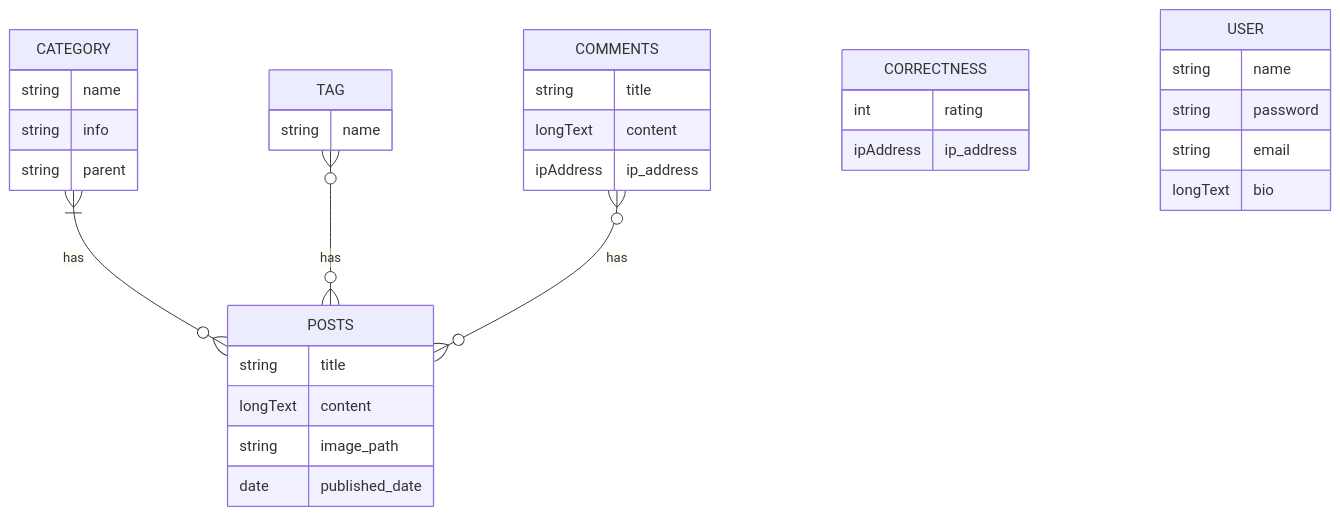
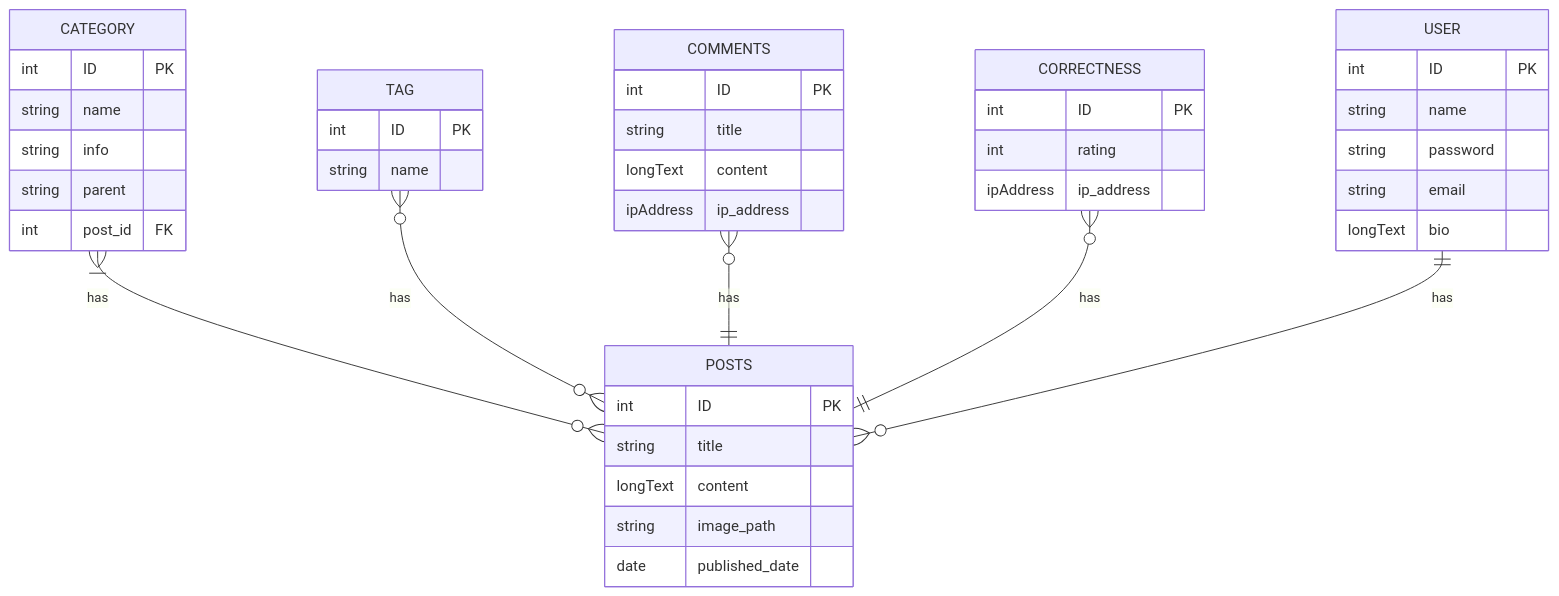
One commit to sd4483/Obsidian changed the diagram in Web Applications/Strings App.md. Above: the diagram before and after it, drawn with Mermaid.

Commit message:
vault backup: 2023-03-05 10:22:56

````diff
--- a/Web Applications/Strings App.md
+++ b/Web Applications/Strings App.md
@@ -46,35 +46,44 @@
 ```mermaid
 erDiagram
 	CATEGORY {
+		int ID PK
 		string name
 		string info
 		string parent
+		int post_id FK
 	}
 	POSTS {
+		int ID PK
 		string title
 		longText content
 		string image_path
 		date published_date
 	}
 	TAG {
+		int ID PK
 		string name
 	}
 	COMMENTS {
+		int ID PK
 		string title
 		longText content
 		ipAddress ip_address
 	}
 	CORRECTNESS {
+		int ID PK
 		int rating
 		ipAddress ip_address
 	}
 	USER {
+		int ID PK
 		string name
 		string password
 		string email
 		longText bio
 	}
 	CATEGORY }|--o{ POSTS : has
 	TAG }o--o{ POSTS : has
-	COMMENTS }o--o{ POSTS : has
+	COMMENTS }o--|| POSTS : has
+	CORRECTNESS }o--|| POSTS : has
+	USER ||--o{ POSTS : has
 ```
````
